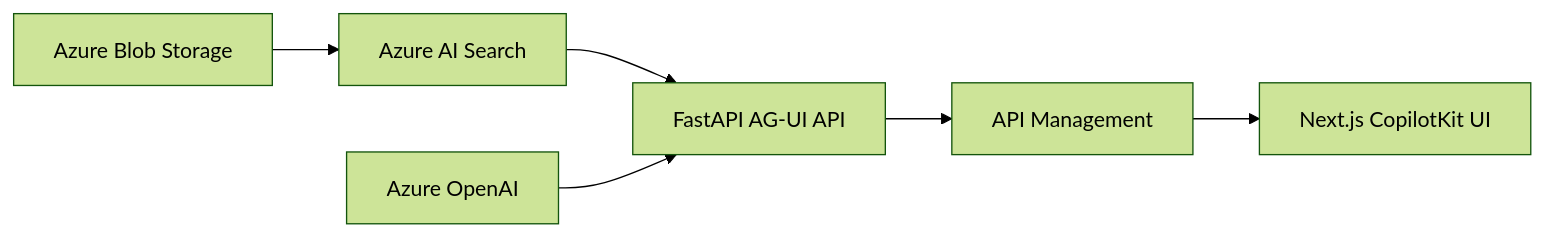
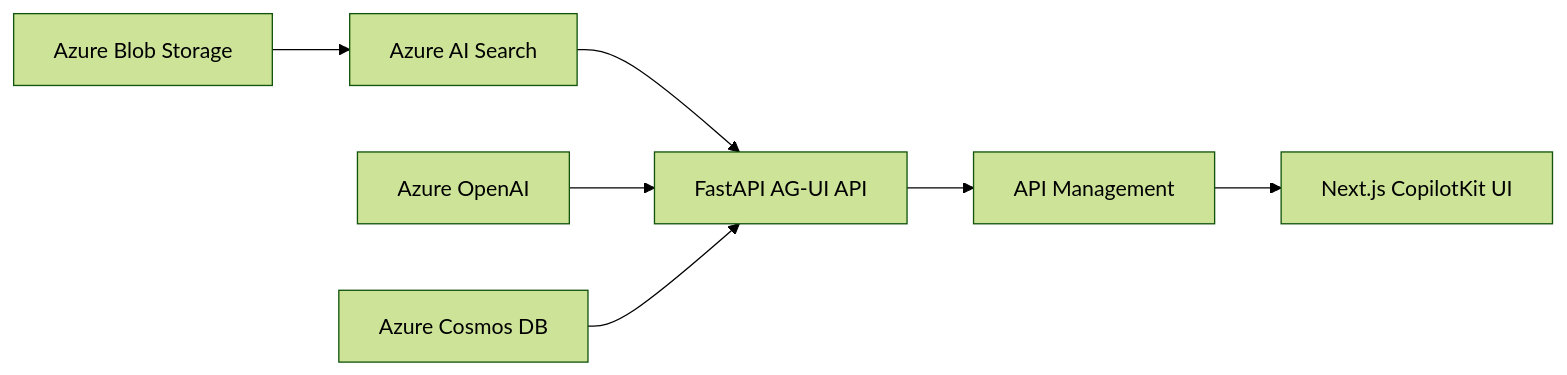
The diagram in README.md (KostasCherv/azure-rag-system), drawn with Mermaid (forest theme) before and after one commit. The commit also changed other lines of this file and 17 other files, not shown here.

````diff
--- a/README.md
+++ b/README.md
@@ -94,8 +97,9 @@
 ```mermaid
 flowchart LR
     Blob[Azure Blob Storage] --> Search[Azure AI Search]
     Search --> API[FastAPI AG-UI API]
     AOAI[Azure OpenAI] --> API
+    Cosmos[Azure Cosmos DB] --> API
     API --> APIM[API Management]
     APIM --> UI[Next.js CopilotKit UI]
 ```
````
